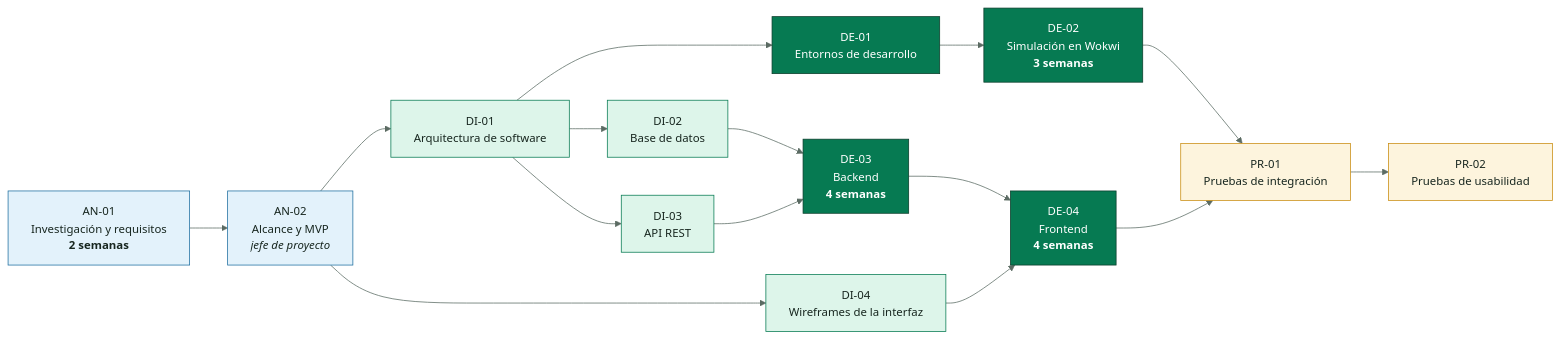
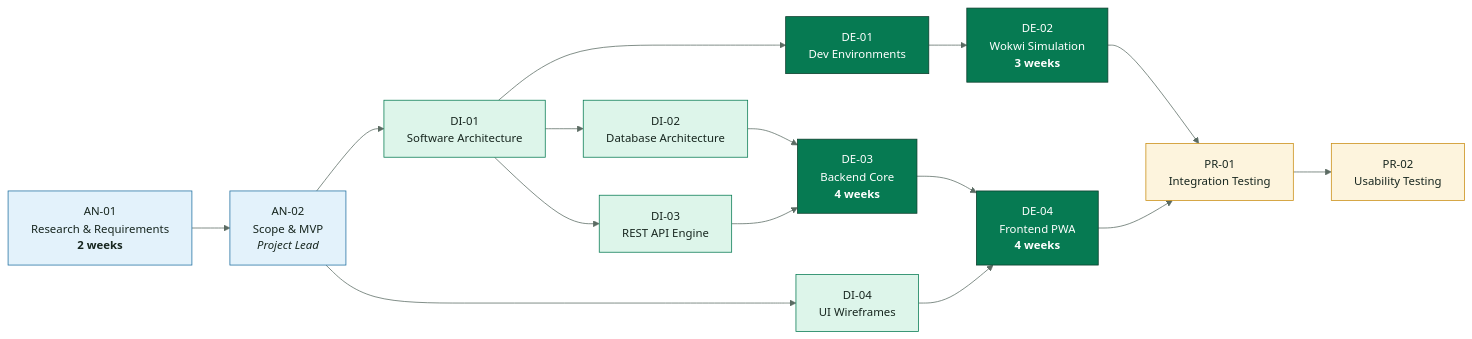
Before and after one commit to SmartPotTech/.github: the diagram in docs/diagrams/SmartPot_22_Precedence_Network.mmd, drawn with Mermaid. The commit also changed 186 other files, not shown here.

Commit message:
docs(specs): synchronize 100% english organization documentation, diagrams, and formal deliverables

```diff
--- a/docs/diagrams/SmartPot_22_Precedence_Network.mmd
+++ b/docs/diagrams/SmartPot_22_Precedence_Network.mmd
@@ -1,27 +1,27 @@
 %%{init: {"theme": "base", "fontFamily": "Segoe UI, Arial, sans-serif", "themeVariables": {"fontFamily": "Segoe UI, Arial, sans-serif", "fontSize": "15px", "primaryColor": "#DDF5EA", "primaryTextColor": "#17261F", "primaryBorderColor": "#067A52", "secondaryColor": "#E3F2FB", "secondaryTextColor": "#17261F", "secondaryBorderColor": "#1F6FA0", "tertiaryColor": "#F2F7F4", "tertiaryTextColor": "#17261F", "tertiaryBorderColor": "#D5E3DC", "lineColor": "#5B6B63", "textColor": "#17261F", "mainBkg": "#DDF5EA", "nodeBorder": "#067A52", "clusterBkg": "#F7FAF8", "clusterBorder": "#D5E3DC", "edgeLabelBackground": "#FFFFFF", "actorBkg": "#067A52", "actorBorder": "#0B3D2B", "actorTextColor": "#FFFFFF", "actorLineColor": "#5B6B63", "signalColor": "#17261F", "signalTextColor": "#17261F", "labelBoxBkgColor": "#0B3D2B", "labelBoxBorderColor": "#0B3D2B", "labelTextColor": "#FFFFFF", "loopTextColor": "#0B3D2B", "noteBkgColor": "#FDF4DD", "noteBorderColor": "#C98D12", "noteTextColor": "#17261F", "activationBkgColor": "#DDF5EA", "activationBorderColor": "#067A52", "attributeBackgroundColorOdd": "#FFFFFF", "attributeBackgroundColorEven": "#F2F7F4"}}}%%
 flowchart LR
-  an1["AN-01<br/>Investigación y requisitos<br/><b>2 semanas</b>"] --> an2["AN-02<br/>Alcance y MVP<br/><i>jefe de proyecto</i>"]
-  an2 --> di1["DI-01<br/>Arquitectura de software"]
-  an2 --> di4["DI-04<br/>Wireframes de la interfaz"]
-  di1 --> di2["DI-02<br/>Base de datos"]
-  di1 --> di3["DI-03<br/>API REST"]
-  di1 --> de1["DE-01<br/>Entornos de desarrollo"]
-  de1 --> de2["DE-02<br/>Simulación en Wokwi<br/><b>3 semanas</b>"]
-  di2 --> de3["DE-03<br/>Backend<br/><b>4 semanas</b>"]
+  an1["AN-01<br/>Research & Requirements<br/><b>2 weeks</b>"] --> an2["AN-02<br/>Scope & MVP<br/><i>Project Lead</i>"]
+  an2 --> di1["DI-01<br/>Software Architecture"]
+  an2 --> di4["DI-04<br/>UI Wireframes"]
+  di1 --> di2["DI-02<br/>Database Architecture"]
+  di1 --> di3["DI-03<br/>REST API Engine"]
+  di1 --> de1["DE-01<br/>Dev Environments"]
+  de1 --> de2["DE-02<br/>Wokwi Simulation<br/><b>3 weeks</b>"]
+  di2 --> de3["DE-03<br/>Backend Core<br/><b>4 weeks</b>"]
   di3 --> de3
-  de3 --> de4["DE-04<br/>Frontend<br/><b>4 semanas</b>"]
+  de3 --> de4["DE-04<br/>Frontend PWA<br/><b>4 weeks</b>"]
   di4 --> de4
-  de2 --> pr1["PR-01<br/>Pruebas de integración"]
+  de2 --> pr1["PR-01<br/>Integration Testing"]
   de4 --> pr1
-  pr1 --> pr2["PR-02<br/>Pruebas de usabilidad"]
+  pr1 --> pr2["PR-02<br/>Usability Testing"]
   classDef leaf fill:#DDF5EA,stroke:#067A52,color:#17261F
   classDef water fill:#E3F2FB,stroke:#1F6FA0,color:#17261F
   classDef sun fill:#FDF4DD,stroke:#C98D12,color:#17261F
   classDef clay fill:#FBE9E1,stroke:#B85A38,color:#17261F
   classDef core fill:#067A52,stroke:#0B3D2B,color:#FFFFFF
   classDef deep fill:#0B3D2B,stroke:#06281C,color:#FFFFFF
   classDef muted fill:#F2F7F4,stroke:#5B6B63,color:#17261F
   class an1,an2 water
   class di1,di2,di3,di4 leaf
   class de1,de2,de3,de4 core
   class pr1,pr2 sun
```
